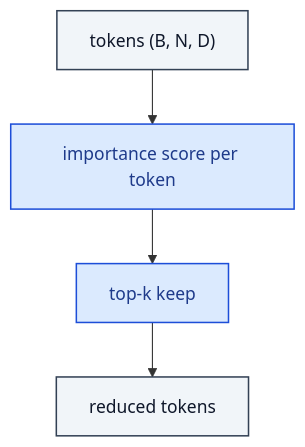
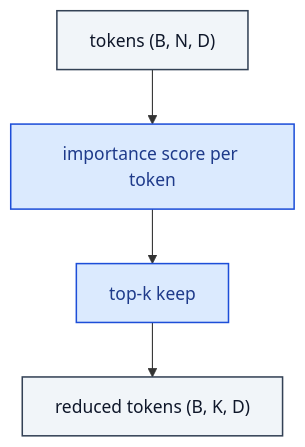
One commit to RealityShifts/Srivastava-book-of-Blocks-diagrams changed the diagram in efficient/TokenPruner.md. Above: the diagram before and after it, drawn with Mermaid. The commit also changed 123 other files, not shown here.

````diff
--- a/efficient/TokenPruner.md
+++ b/efficient/TokenPruner.md
@@ -7,19 +7,20 @@
 ```mermaid
 flowchart TD
     n0_0["tokens  (B, N, D)"]:::io
     n1_0["importance score per token"]:::op
     n2_0["top-k keep"]:::op
-    n3_0["reduced tokens"]:::io
+    n3_0["reduced tokens  (B, K, D)"]:::io
     n0_0 --> n1_0
     n1_0 --> n2_0
     n2_0 --> n3_0
     classDef io fill:#f1f5f9,stroke:#334155,stroke-width:1.4px,color:#0f172a
     classDef op fill:#dbeafe,stroke:#1d4ed8,stroke-width:1.4px,color:#1e3a8a
     classDef norm fill:#dcfce7,stroke:#15803d,stroke-width:1.4px,color:#14532d
     classDef act fill:#ffedd5,stroke:#c2410c,stroke-width:1.4px,color:#7c2d12
     classDef attn fill:#ede9fe,stroke:#6d28d9,stroke-width:1.4px,color:#4c1d95
     classDef merge fill:#fef3c7,stroke:#b45309,stroke-width:1.4px,color:#78350f
     classDef emb fill:#fef9c3,stroke:#a16207,stroke-width:1.4px,color:#713f12
     classDef loss fill:#fee2e2,stroke:#b91c1c,stroke-width:1.4px,color:#7f1d1d
     classDef ctrl fill:#f5f5f4,stroke:#52525b,stroke-width:1.4px,color:#27272a
+    classDef ref fill:#e0f2fe,stroke:#0369a1,stroke-width:2px,color:#0c4a6e,stroke-dasharray: 4 2
 ```
````
